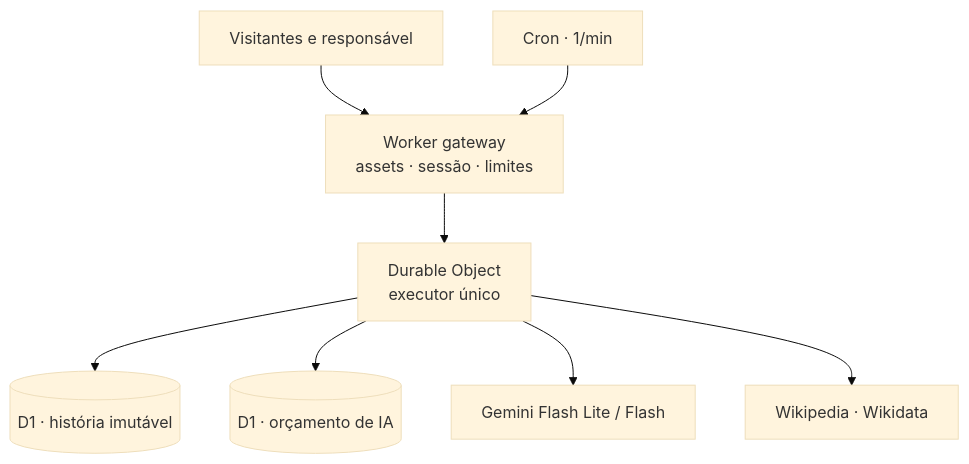
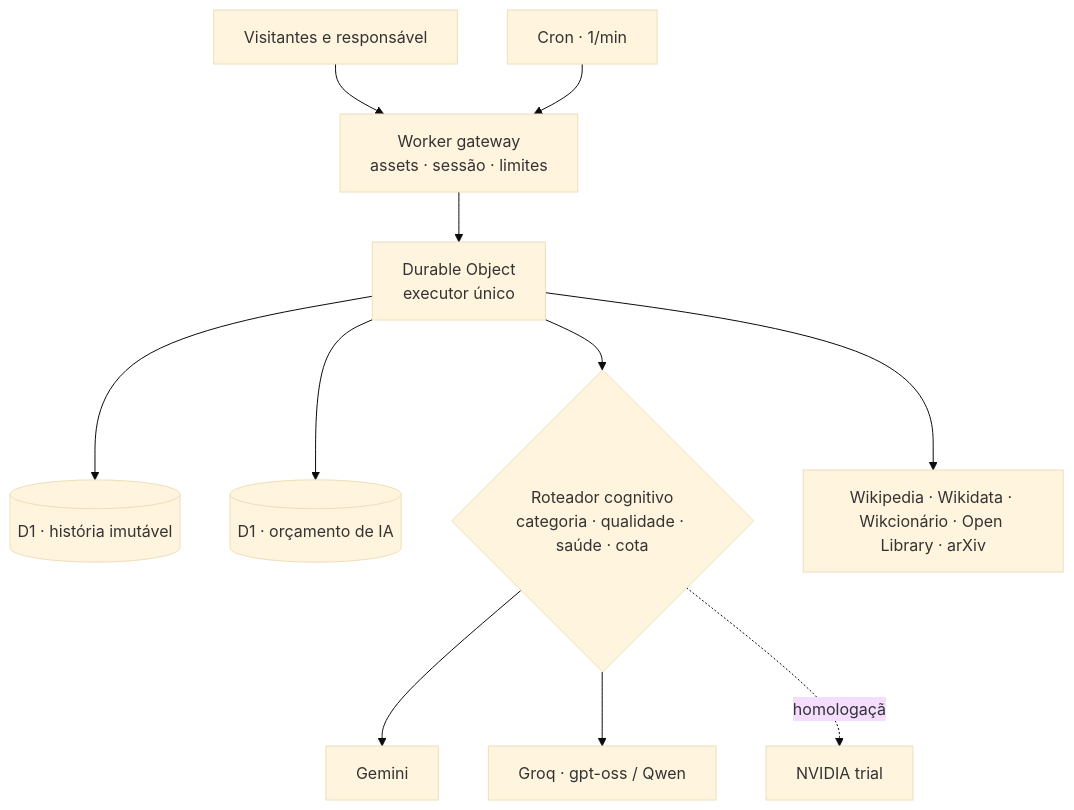
Before and after one commit to labarro/Bunborn: the second of 2 diagrams in README.md, drawn with Mermaid (base theme). The commit also changed other lines of this file and 61 other files, not shown here.

First line of the commit message:
Cognição multiprovedor: Gemini, Groq e NVIDIA com roteador, benchmark e circuit breaker

````diff
--- a/README.md
+++ b/README.md
@@ -98,10 +98,13 @@
 ```mermaid
 flowchart TD
   V[Visitantes e responsável] --> W[Worker gateway<br/>assets · sessão · limites]
   C[Cron · 1/min] --> W
   W --> D[Durable Object<br/>executor único]
   D --> DB[(D1 · história imutável)]
   D --> B[(D1 · orçamento de IA)]
-  D --> G[Gemini Flash Lite / Flash]
-  D --> K[Wikipedia · Wikidata]
+  D --> R{Roteador cognitivo<br/>categoria · qualidade · saúde · cota}
+  R --> G[Gemini]
+  R --> Q[Groq · gpt-oss / Qwen]
+  R -.homologação.-> N[NVIDIA trial]
+  D --> K[Wikipedia · Wikidata · Wikcionário · Open Library · arXiv]
 ```
````
